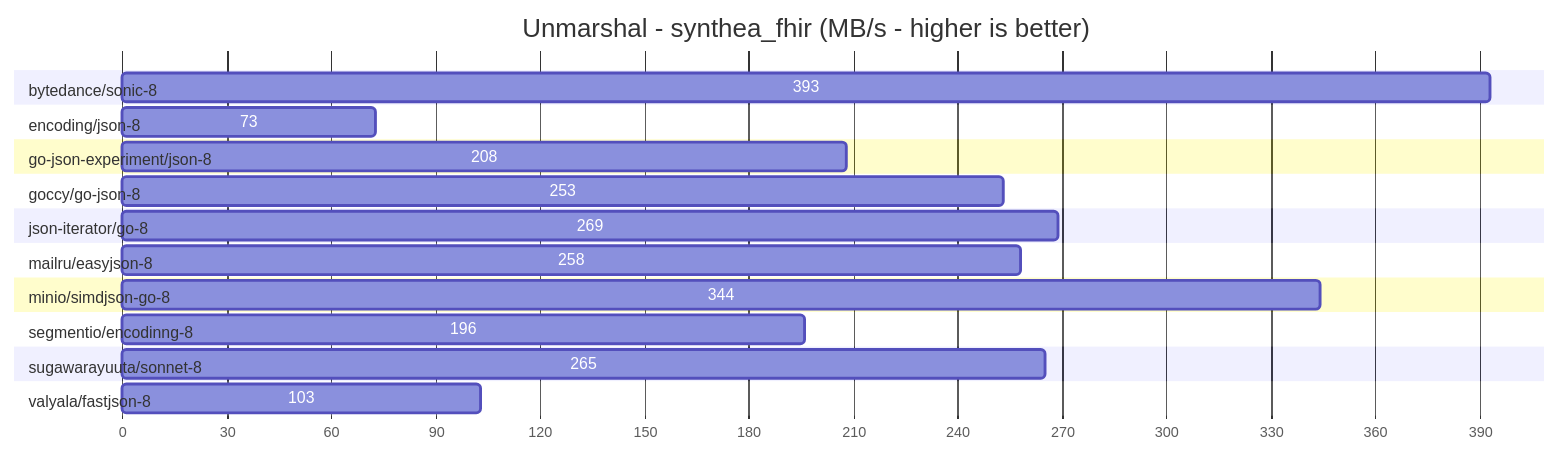
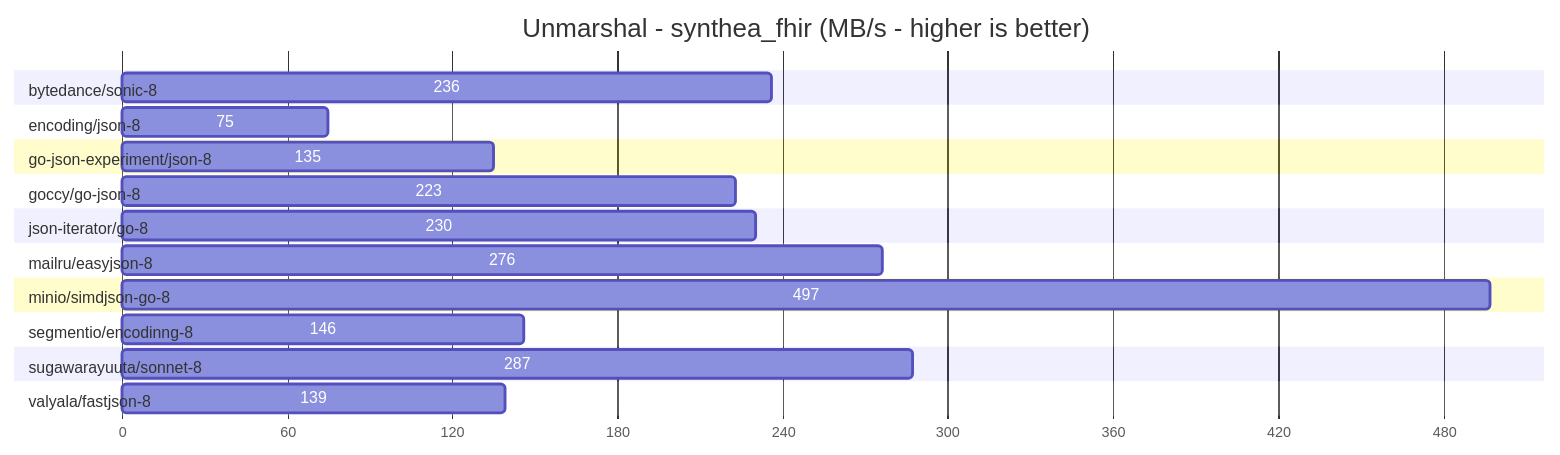
One commit to spywiree-priv/go-json-benchmark changed diagram 11 of 12 in README.md. Above: the diagram before and after it, drawn with Mermaid. The commit also changed other lines of this file and 2 other files, not shown here.

````diff
--- a/README.md
+++ b/README.md
@@ -269,27 +269,27 @@
 ```mermaid
 gantt
 title Unmarshal - synthea_fhir (MB/s - higher is better)
 dateFormat X
 axisFormat %s
 
 section bytedance/sonic-8                  
-393 :0, 393
+236 :0, 236
 section encoding/json-8                    
-73 :0, 73
+75 :0, 75
 section go-json-experiment/json-8          
-208 :0, 208
+135 :0, 135
 section goccy/go-json-8                    
-253 :0, 253
+223 :0, 223
 section json-iterator/go-8                 
-269 :0, 269
+230 :0, 230
 section mailru/easyjson-8                  
-258 :0, 258
+276 :0, 276
 section minio/simdjson-go-8                
-344 :0, 344
+497 :0, 497
 section segmentio/encodinng-8              
-196 :0, 196
+146 :0, 146
 section sugawarayuuta/sonnet-8             
-265 :0, 265
+287 :0, 287
 section valyala/fastjson-8                 
-103 :0, 103
+139 :0, 139
 ```
````
